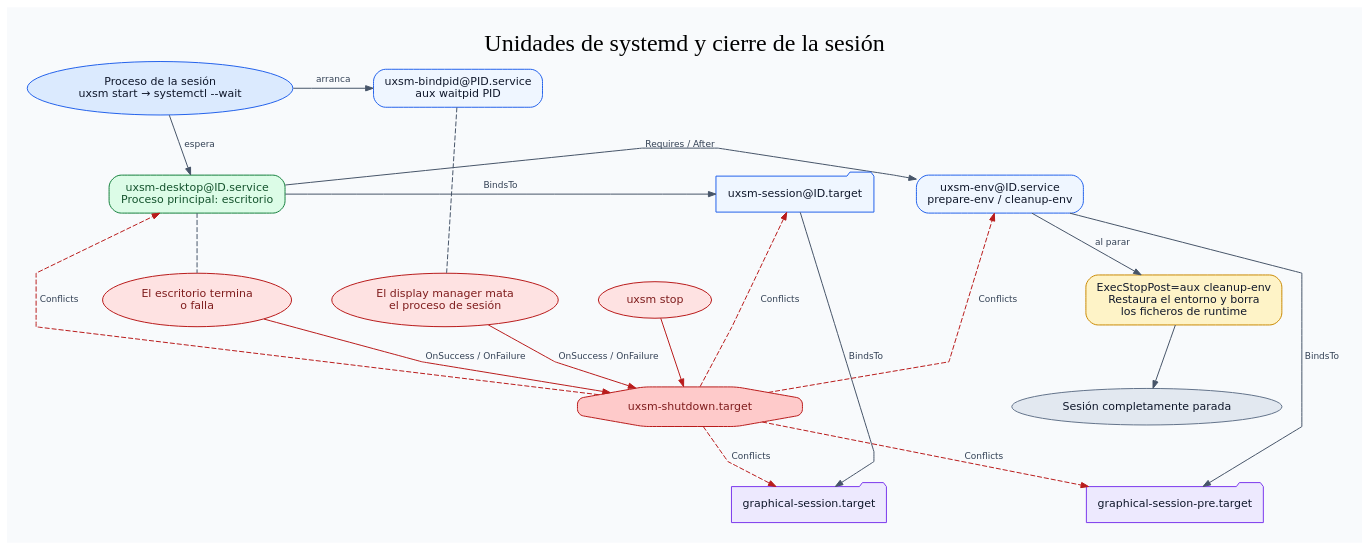
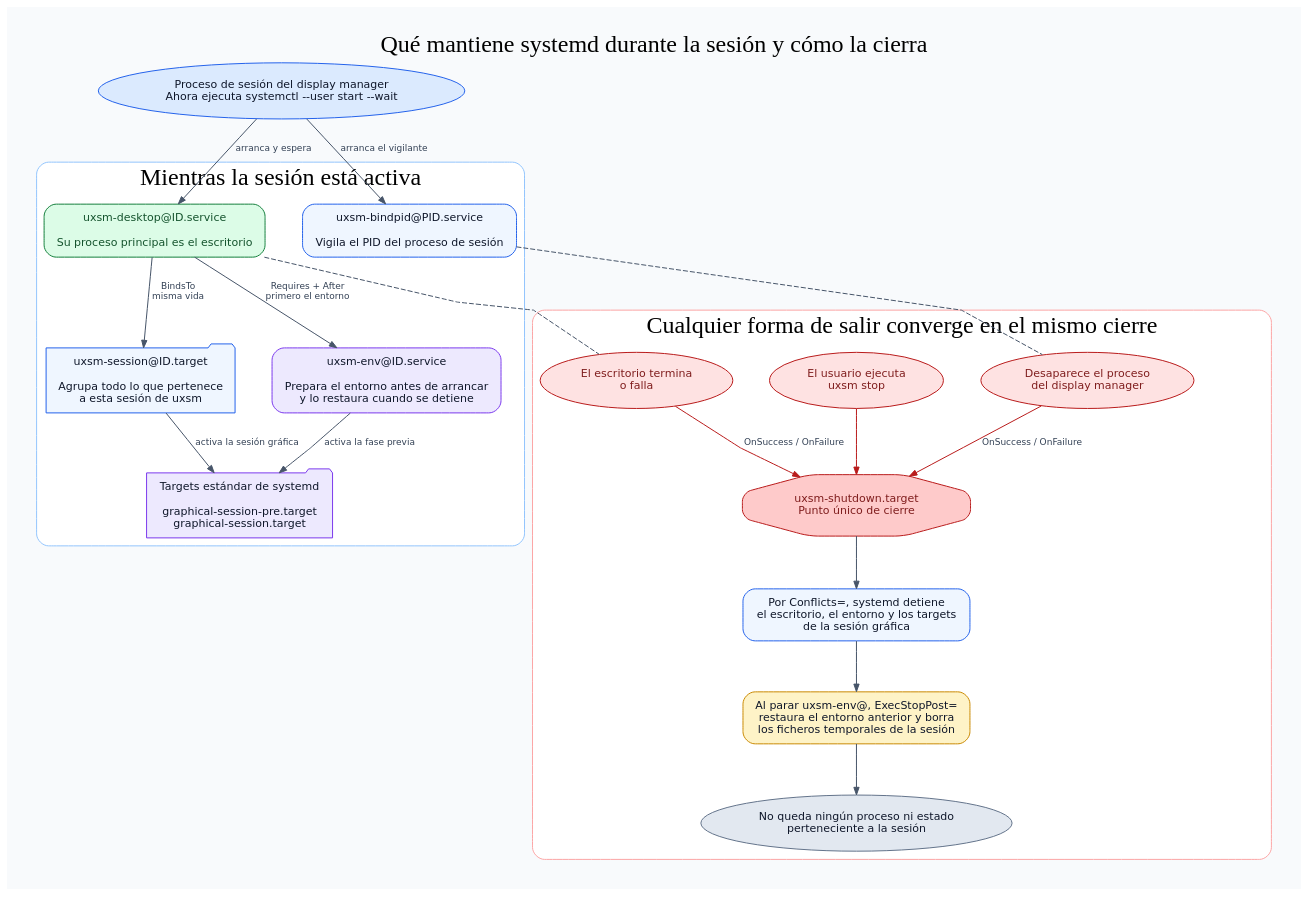
One commit to heizeisaburou/uxsm changed the diagram in docs/flows/systemd-lifecycle.dot. Above: the diagram before and after it, drawn with Graphviz. The commit also changed 10 other files, not shown here.

First line of the commit message:
Reescribe la documentación de arquitectura y sus diagramas

```diff
--- a/docs/flows/systemd-lifecycle.dot
+++ b/docs/flows/systemd-lifecycle.dot
@@ -1,66 +1,76 @@
 digraph systemd_lifecycle {
   graph [
-    label="Unidades de systemd y cierre de la sesión",
+    label="Qué mantiene systemd durante la sesión y cómo la cierra",
     labelloc=t,
     fontsize=24,
     fontname="DejaVu Sans Bold",
     bgcolor="#f8fafc",
-    pad=0.28,
-    nodesep=0.55,
-    ranksep=0.70,
+    pad=0.30,
+    nodesep=0.52,
+    ranksep=0.68,
     splines=polyline
   ];
   node [shape=box, style="rounded,filled", fontname="DejaVu Sans", fontsize=11,
-        color="#2563eb", fillcolor="#eff6ff", fontcolor="#0f172a", margin="0.15,0.10"];
+        color="#2563eb", fillcolor="#eff6ff", fontcolor="#0f172a", margin="0.16,0.11"];
   edge [fontname="DejaVu Sans", fontsize=9, color="#475569", fontcolor="#334155", arrowsize=0.75];
 
-  login [shape=oval, fillcolor="#dbeafe", label="Proceso de la sesión\nuxsm start → systemctl --wait"];
-  bind [label="uxsm-bindpid@PID.service\naux waitpid PID"];
-  env [label="uxsm-env@ID.service\nprepare-env / cleanup-env"];
-  desktop [fillcolor="#dcfce7", color="#15803d", fontcolor="#14532d",
-           label="uxsm-desktop@ID.service\nProceso principal: escritorio"];
-  session [shape=folder, label="uxsm-session@ID.target"];
-  pre [shape=folder, fillcolor="#ede9fe", color="#7c3aed",
-       label="graphical-session-pre.target"];
-  graphical [shape=folder, fillcolor="#ede9fe", color="#7c3aed",
-             label="graphical-session.target"];
+  login [shape=oval, fillcolor="#dbeafe",
+         label="Proceso de sesión del display manager\nAhora ejecuta systemctl --user start --wait"];
 
-  quit [shape=oval, color="#b91c1c", fillcolor="#fee2e2", fontcolor="#7f1d1d",
-        label="El escritorio termina\no falla"];
-  killed [shape=oval, color="#b91c1c", fillcolor="#fee2e2", fontcolor="#7f1d1d",
-          label="El display manager mata\nel proceso de sesión"];
-  stop [shape=oval, color="#b91c1c", fillcolor="#fee2e2", fontcolor="#7f1d1d",
-        label="uxsm stop"];
-  shutdown [shape=octagon, color="#b91c1c", fillcolor="#fecaca", fontcolor="#7f1d1d",
-            label="uxsm-shutdown.target"];
-  cleanup [fillcolor="#fef3c7", color="#ca8a04",
-           label="ExecStopPost=aux cleanup-env\nRestaura el entorno y borra\nlos ficheros de runtime"];
-  down [shape=oval, fillcolor="#e2e8f0", color="#64748b",
-        label="Sesión completamente parada"];
+  subgraph cluster_active {
+    label="Mientras la sesión está activa";
+    color="#93c5fd";
+    style="rounded,filled";
+    fillcolor="#ffffff";
+    fontname="DejaVu Sans Bold";
 
-  login -> bind [label=" arranca "];
-  login -> desktop [label=" espera "];
-  desktop -> env [label=" Requires / After "];
-  env -> pre [label=" BindsTo "];
-  desktop -> session [label=" BindsTo "];
-  session -> graphical [label=" BindsTo "];
+    bind [label="uxsm-bindpid@PID.service\n\nVigila el PID del proceso de sesión"];
+    env [fillcolor="#ede9fe", color="#7c3aed",
+         label="uxsm-env@ID.service\n\nPrepara el entorno antes de arrancar\ny lo restaura cuando se detiene"];
+    desktop [fillcolor="#dcfce7", color="#15803d", fontcolor="#14532d",
+             label="uxsm-desktop@ID.service\n\nSu proceso principal es el escritorio"];
+    session [shape=folder,
+             label="uxsm-session@ID.target\n\nAgrupa todo lo que pertenece\na esta sesión de uxsm"];
+    standards [shape=folder, fillcolor="#ede9fe", color="#7c3aed",
+               label="Targets estándar de systemd\n\ngraphical-session-pre.target\ngraphical-session.target"];
 
+    desktop -> env [label=" Requires + After\nprimero el entorno "];
+    desktop -> session [label=" BindsTo\nmisma vida "];
+    session -> standards [label=" activa la sesión gráfica "];
+    env -> standards [label=" activa la fase previa "];
+  }
+
+  subgraph cluster_shutdown {
+    label="Cualquier forma de salir converge en el mismo cierre";
+    color="#fca5a5";
+    style="rounded,filled";
+    fillcolor="#ffffff";
+    fontname="DejaVu Sans Bold";
+
+    quit [shape=oval, color="#b91c1c", fillcolor="#fee2e2", fontcolor="#7f1d1d",
+          label="El escritorio termina\no falla"];
+    killed [shape=oval, color="#b91c1c", fillcolor="#fee2e2", fontcolor="#7f1d1d",
+            label="Desaparece el proceso\ndel display manager"];
+    stop [shape=oval, color="#b91c1c", fillcolor="#fee2e2", fontcolor="#7f1d1d",
+          label="El usuario ejecuta\nuxsm stop"];
+    shutdown [shape=octagon, color="#b91c1c", fillcolor="#fecaca", fontcolor="#7f1d1d",
+              label="uxsm-shutdown.target\nPunto único de cierre"];
+    stopunits [label="Por Conflicts=, systemd detiene\nel escritorio, el entorno y los targets\nde la sesión gráfica"];
+    cleanup [fillcolor="#fef3c7", color="#ca8a04",
+             label="Al parar uxsm-env@, ExecStopPost=\nrestaura el entorno anterior y borra\nlos ficheros temporales de la sesión"];
+    down [shape=oval, fillcolor="#e2e8f0", color="#64748b",
+          label="No queda ningún proceso ni estado\nperteneciente a la sesión"];
+
+    quit -> shutdown [label=" OnSuccess / OnFailure ", color="#b91c1c"];
+    killed -> shutdown [label=" OnSuccess / OnFailure ", color="#b91c1c"];
+    stop -> shutdown [color="#b91c1c"];
+    shutdown -> stopunits -> cleanup -> down;
+
+    {rank=same; quit; killed; stop}
+  }
+
+  login -> bind [label=" arranca el vigilante "];
+  login -> desktop [label=" arranca y espera "];
   desktop -> quit [style=dashed, arrowhead=none];
   bind -> killed [style=dashed, arrowhead=none];
-  quit -> shutdown [label=" OnSuccess / OnFailure ", color="#b91c1c"];
-  killed -> shutdown [label=" OnSuccess / OnFailure ", color="#b91c1c"];
-  stop -> shutdown [color="#b91c1c"];
-
-  shutdown -> desktop [label=" Conflicts ", color="#b91c1c", style=dashed];
-  shutdown -> session [label=" Conflicts ", color="#b91c1c", style=dashed];
-  shutdown -> graphical [label=" Conflicts ", color="#b91c1c", style=dashed];
-  shutdown -> pre [label=" Conflicts ", color="#b91c1c", style=dashed];
-  shutdown -> env [label=" Conflicts ", color="#b91c1c", style=dashed];
-  env -> cleanup [label=" al parar "];
-  cleanup -> down;
-
-  {rank=same; login; bind}
-  {rank=same; env; desktop; session}
-  {rank=same; pre; graphical}
-  {rank=same; quit; killed; stop}
 }
```
